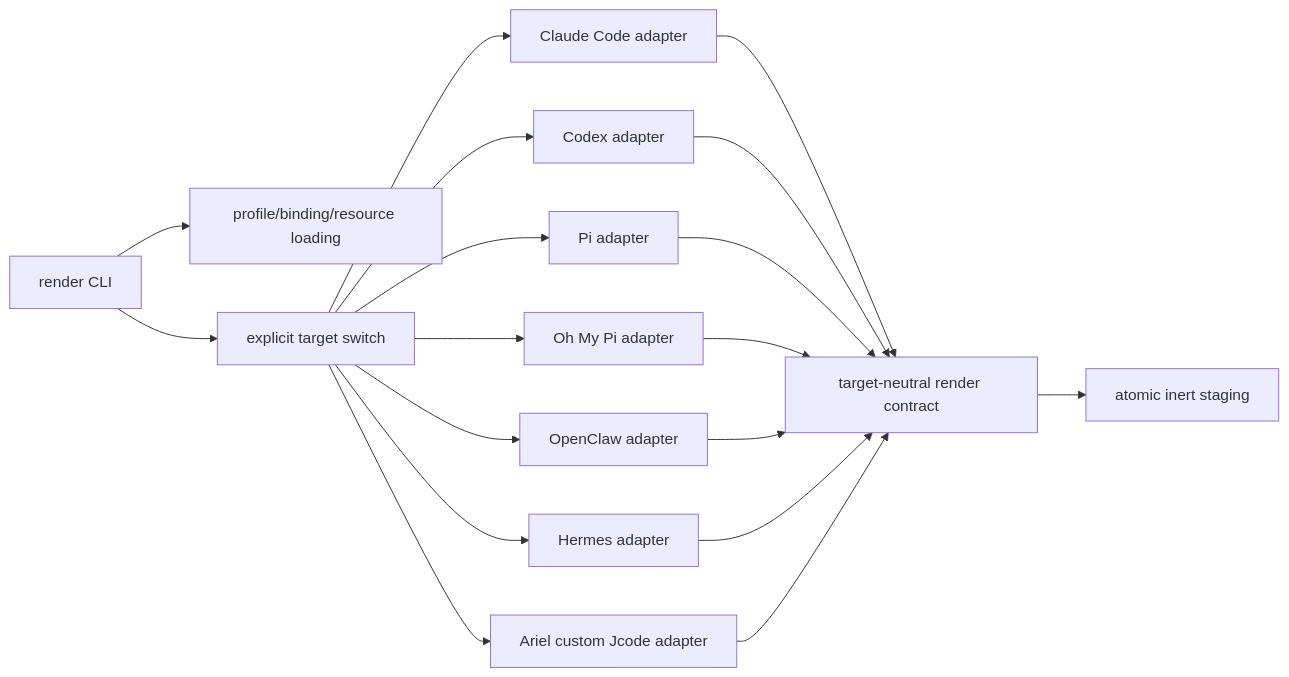
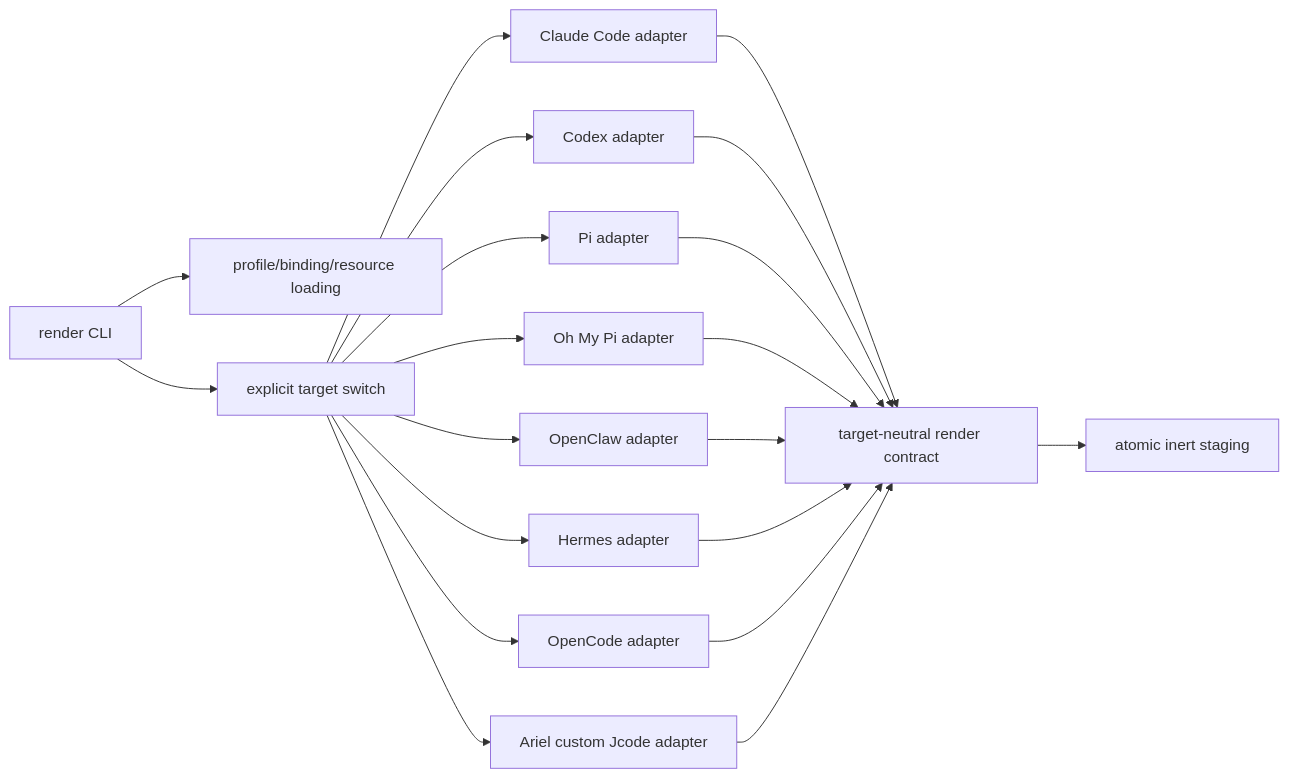
Before and after one commit to ariel-frischer/profile-mango: the diagram in docs/dev/adapter-architecture.md, drawn with Mermaid. The commit also changed other lines of this file and 14 other files, not shown here.

Commit message:
docs: integrate safe install and OpenCode boundaries

````diff
--- a/docs/dev/adapter-architecture.md
+++ b/docs/dev/adapter-architecture.md
@@ -9,20 +9,22 @@
 ```mermaid
 flowchart LR
     CLI[render CLI] --> LOAD[profile/binding/resource loading]
     CLI --> DISPATCH[explicit target switch]
     DISPATCH --> CLAUDE[Claude Code adapter]
     DISPATCH --> CODEX[Codex adapter]
     DISPATCH --> PI[Pi adapter]
     DISPATCH --> OMP[Oh My Pi adapter]
     DISPATCH --> OPENCLAW[OpenClaw adapter]
     DISPATCH --> HERMES[Hermes adapter]
+    DISPATCH --> OPENCODE[OpenCode adapter]
     DISPATCH --> ARIEL[Ariel custom Jcode adapter]
     CLAUDE --> CONTRACT
     CODEX --> CONTRACT[target-neutral render contract]
     PI --> CONTRACT
     OMP --> CONTRACT
     OPENCLAW --> CONTRACT
     HERMES --> CONTRACT
+    OPENCODE --> CONTRACT
     ARIEL --> CONTRACT
     CONTRACT --> STAGE[atomic inert staging]
 ```
````
